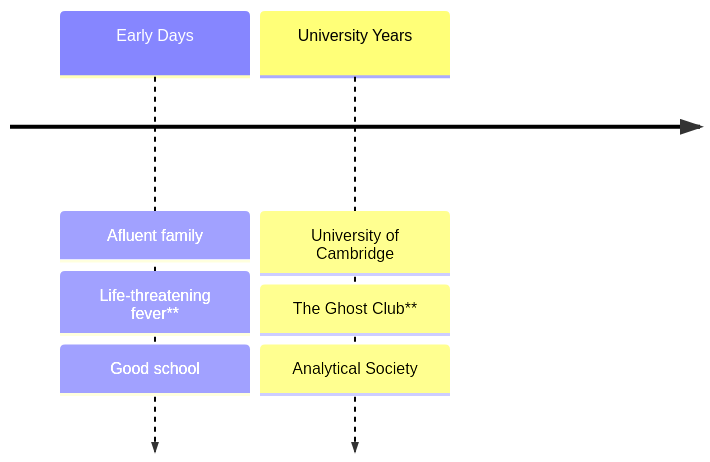
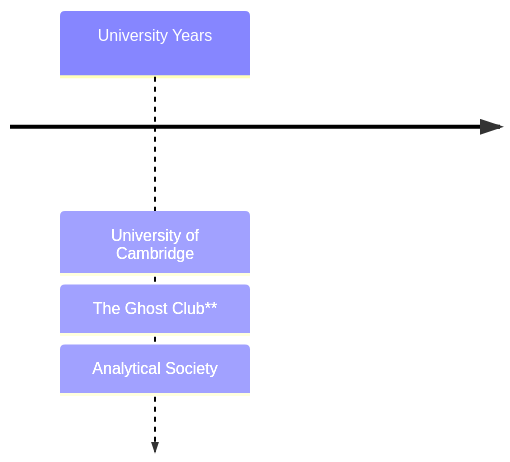
The second of 13 diagrams in pages/act-1.md (Furkanzmc/cppnorth-2024-shoulders-we-stand-on), drawn with Mermaid before and after one commit. The commit also changed other lines of this file and 12 other files, not shown here.

````diff
--- a/pages/act-1.md
+++ b/pages/act-1.md
@@ -155,9 +159,6 @@
 ```mermaid
 timeline
-    Early Days : Afluent family
-               : Life-threatening fever**
-               : Good school
     University Years : University of Cambridge
                      : The Ghost Club**
                      : Analytical Society
 ```
````
